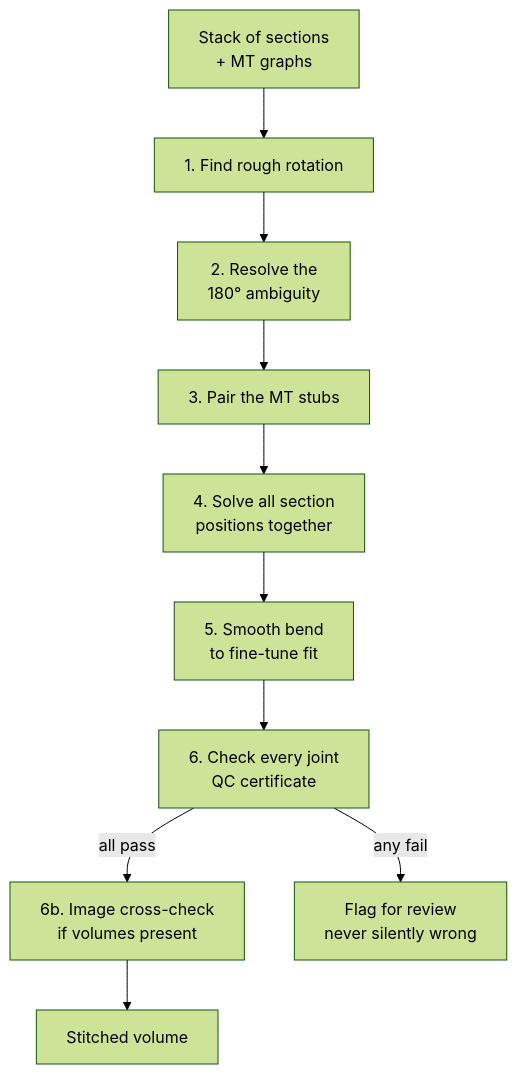
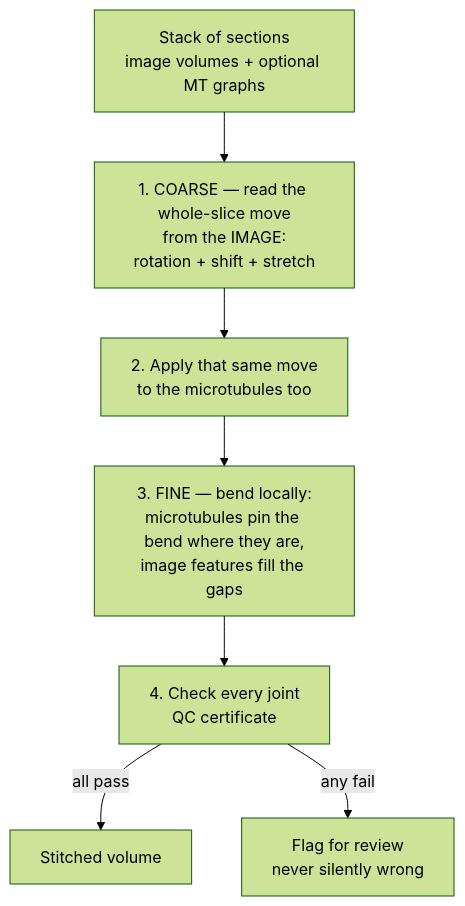
The diagram in pandorica/stitch/HOW_IT_WORKS.md (RRobert92/pandorica), drawn with Mermaid (forest theme) before and after one commit. The commit also changed other lines of this file and 18 other files, not shown here.

First line of the commit message:
Image-driven coarse-to-fine stitch & anisotropy

````diff
--- a/pandorica/stitch/HOW_IT_WORKS.md
+++ b/pandorica/stitch/HOW_IT_WORKS.md
@@ -67,12 +95,9 @@
 ```mermaid
 flowchart TB
-    A[Stack of sections<br/>+ MT graphs] --> B[1. Find rough rotation]
-    B --> C[2. Resolve the<br/>180° ambiguity]
-    C --> D[3. Pair the MT stubs]
-    D --> E[4. Solve all section<br/>positions together]
-    E --> F[5. Smooth bend<br/>to fine-tune fit]
-    F --> G[6. Check every joint<br/>QC certificate]
-    G -->|all pass| J[6b. Image cross-check<br/>if volumes present]
-    J --> H[Stitched volume]
-    G -->|any fail| I[Flag for review<br/>never silently wrong]
+    A[Stack of sections<br/>image volumes + optional MT graphs] --> B[1. COARSE — read the whole-slice move<br/>from the IMAGE:<br/>rotation + shift + stretch]
+    B --> C[2. Apply that same move<br/>to the microtubules too]
+    C --> D[3. FINE — bend locally:<br/>microtubules pin the bend where they are,<br/>image features fill the gaps]
+    D --> E[4. Check every joint<br/>QC certificate]
+    E -->|all pass| F[Stitched volume]
+    E -->|any fail| G[Flag for review<br/>never silently wrong]
 ```
````
